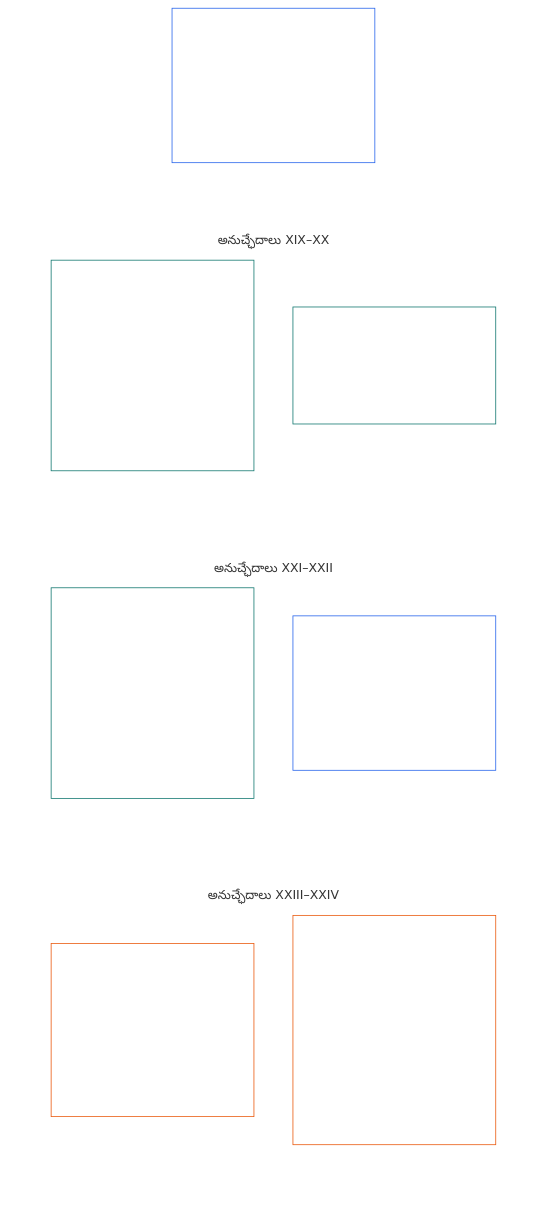
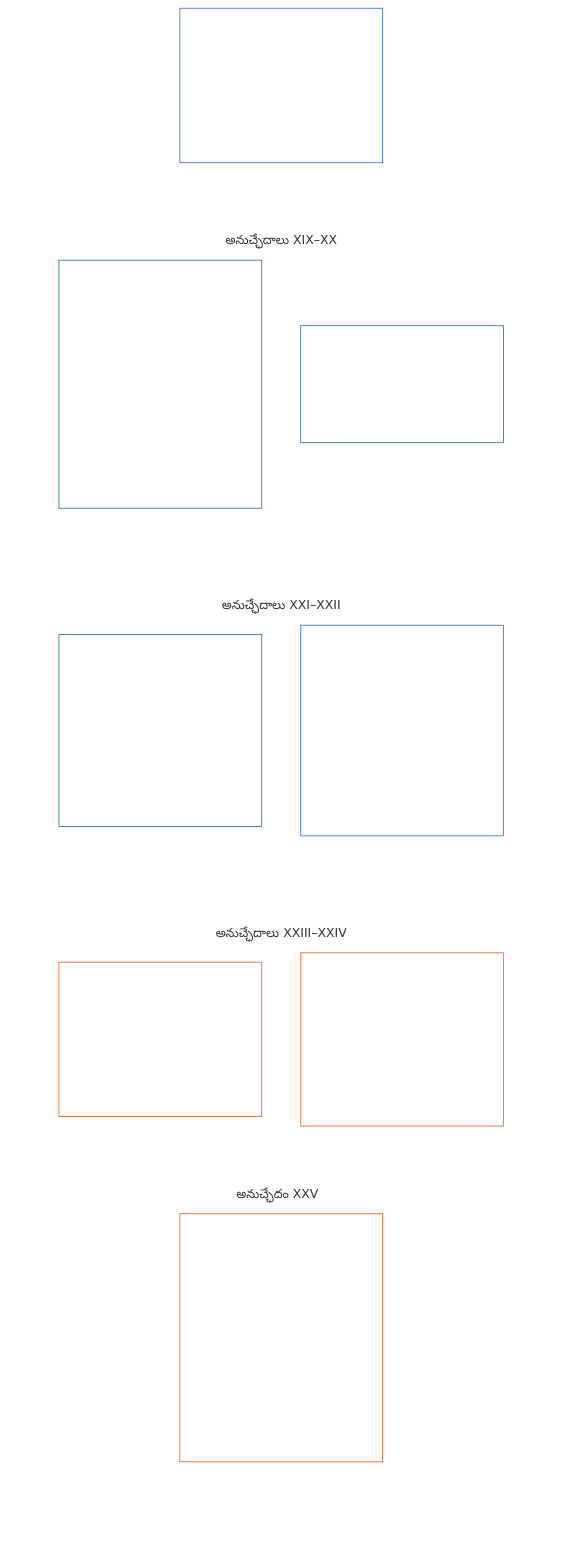
Before and after one commit to kfoelsch/Sentient_Constitution: the diagram in translations/te/core_06_rights_part_d.md, drawn with Mermaid. The commit also changed other lines of this file and 353 other files, not shown here.

````diff
--- a/translations/te/core_06_rights_part_d.md
+++ b/translations/te/core_06_rights_part_d.md
@@ -42,36 +42,42 @@
 ```mermaid
 flowchart TB
     D0["భాగం డి<br/><br/>హోదా, న్యాయం, పరస్పర కార్యసాధ్యత,<br/>అవగాహనయోగ్యత, మూలకారణ సమీక్ష, రాజ్యాంగ వ్యాఖ్యానం"]
     subgraph Dgrid[" "]
         direction TB
         subgraph Drow1["అనుచ్ఛేదాలు XIX–XX"]
-            D1["అనుచ్ఛేదం XIX · హోదా మరియు పాల్గొనే స్థితి<br/><br/>• హోదా భేదాలు<br/>• సవాలు చేయగలగడం మరియు పరిమితుల హద్దులు<br/>• పేరుతో నిర్దేశించిన మార్గాల అర్హత, బాధ్యత, ఆడిట్<br/>• చలనం, ఆశ్రయం, రాజ్యరహితత్వ నివారణ"]
+            D1["అనుచ్ఛేదం XIX · హోదా మరియు పాల్గొనే స్థితి<br/><br/>• హోదా భేదాలు<br/>• సవాలు చేయగలగడం, అనుపాత పరిమితులు<br/>• సహకారం, సామర్థ్య అడ్డంకులు, పేరున్న మార్గాల అర్హత<br/>• ఉల్లంఘనలు, హోదా నిరోధాలు, ప్రత్యేక ఓటింగ్ పరిమితులు"]
             D2["అనుచ్ఛేదం XX · ధృవీకరించిన ఉల్లంఘన తర్వాత న్యాయం<br/><br/>• న్యాయ లక్ష్యం, పరిధి<br/>• పరిమితుల హక్కు-తళ్లు"]
         end
         subgraph Drow2["అనుచ్ఛేదాలు XXI–XXII"]
-            D3["అనుచ్ఛేదం XXI · పరస్పర కార్యసాధ్యత, పోర్టబిలిటీ, చలనం, ఆశ్రయం, నిష్క్రమణ సమగ్రత<br/><br/>• పోర్టబిలిటీ<br/>• పరస్పర పరస్పర కార్యసాధ్యత<br/>• బంధన నిరోధం<br/>• చలనం, వలస, ఆశ్రయం, రాజ్యరహితత్వ నివారణ"]
-            D4["అనుచ్ఛేదం XXII · అవగాహనయోగ్యత మరియు సంక్లిష్టత పరిరక్షణ<br/><br/>• అనుపాత అవగాహనయోగ్యత<br/>• సంక్లిష్టత ఆడిట్, మాడ్యులారిటీ"]
+            D3["అనుచ్ఛేదం XXI · పరస్పర కార్యసాధ్యత, పోర్టబిలిటీ, నిష్క్రమణ సమగ్రత<br/><br/>• పోర్టబిలిటీ హక్కులు<br/>• పరస్పర కార్యసాధ్యత హద్దులు<br/>• బంధన నిరోధం<br/>• తెరిచిన రూపాలు, ప్రమాణాలు"]
+            D4["అనుచ్ఛేదం XXII · చలనం, వలస, ఆశ్రయం, రాజ్యరహితత్వ నివారణ<br/><br/>• చలనం, పునరావాసం<br/>• అనుసరణ లేమి నుంచి ఆశ్రయం<br/>• రాజ్యరహితత్వ నివారణ<br/>• పరిమితి, నిర్బంధం, అత్యవసర క్రమశిక్షణ"]
         end
         subgraph Drow3["అనుచ్ఛేదాలు XXIII–XXIV"]
-            D5["అనుచ్ఛేదం XXIII · మూలకారణ విశ్లేషణ, అనుకూల ప్రతిస్పందన<br/><br/>• నిర్ధారణ కచ్చితత్వం, కారణ నిర్ధారణ<br/>• ఆడిట్ చేయగలగడం, సవాలు, తిరోగమన సామర్థ్యం"]
-            D6["అనుచ్ఛేదం XXIV · రాజ్యాంగ వ్యాఖ్యానం, సమీక్ష, స్వాధీనత నిరోధ రక్షణలు<br/><br/>• పరిమిత వ్యాఖ్యాన ఆదేశం<br/>• కూర్పు, మార్పిడి, ప్రయోజన-సంఘర్షణ నియంత్రణ<br/>• బహిరంగ కారణాలు, సవాలు, బాహ్య సమీక్ష<br/>• తొలగింపు, స్థిరపడకుండా నిరోధం"]
+            D5["అనుచ్ఛేదం XXIII · అవగాహనయోగ్యత మరియు సంక్లిష్టత పరిరక్షణ<br/><br/>• అనుపాత అవగాహనయోగ్యత<br/>• సంక్లిష్టత ఆడిట్, మాడ్యులారిటీ అవసరాలు"]
+            D6["అనుచ్ఛేదం XXIV · మూలకారణ విశ్లేషణ, అనుకూల ప్రతిస్పందన<br/><br/>• నిర్ధారణ కచ్చితత్వం, కారణ నిర్ధారణ<br/>• ఆడిట్ చేయగలగడం, సవాలు, తిరోగమన ప్రాధాన్యం"]
+        subgraph Drow4["అనుచ్ఛేదం XXV"]
+            D7["అనుచ్ఛేదం XXV · రాజ్యాంగ వ్యాఖ్యానం, సమీక్ష, స్వాధీనత నిరోధ రక్షణలు<br/><br/>• పరిమిత వ్యాఖ్యాన ఆదేశం, బహిరంగ కారణాలు<br/>• సవాలు హక్కులు, స్వతంత్ర సమీక్ష<br/>• ఫోరం స్వతంత్రత, బాహ్య సమీక్ష<br/>• కారణంతో తొలగింపు, పదవిలో శాశ్వతత్వ నిరోధం"]
+        end
         end
     end
     %% కనిపించని లింకులు రెండు-కాలమ్ గ్రిడ్‌ను బలవంతం చేస్తాయి: ప్రతి లింక్ లక్ష్యాన్ని ఒక స్థాయి కింద ఉంచుతుంది.
     D0 ~~~ D1 & D2
     D1 ~~~ D3
     D2 ~~~ D4
     D3 ~~~ D5
     D4 ~~~ D6
+    D5 & D6 ~~~ D7
     style Dgrid fill:none,stroke:none
     style Drow1 fill:none,stroke:none
     style Drow2 fill:none,stroke:none
     style Drow3 fill:none,stroke:none
+    style Drow4 fill:none,stroke:none
     style D0 fill:none,stroke:#2563eb,color:#ffffff
     style D1 fill:none,stroke:#0f766e,color:#ffffff
     style D2 fill:none,stroke:#0f766e,color:#ffffff
     style D3 fill:none,stroke:#0f766e,color:#ffffff
     style D4 fill:none,stroke:#2563eb,color:#ffffff
     style D5 fill:none,stroke:#ea580c,color:#ffffff
     style D6 fill:none,stroke:#ea580c,color:#ffffff
+    style D7 fill:none,stroke:#ea580c,color:#ffffff
 ```
````
